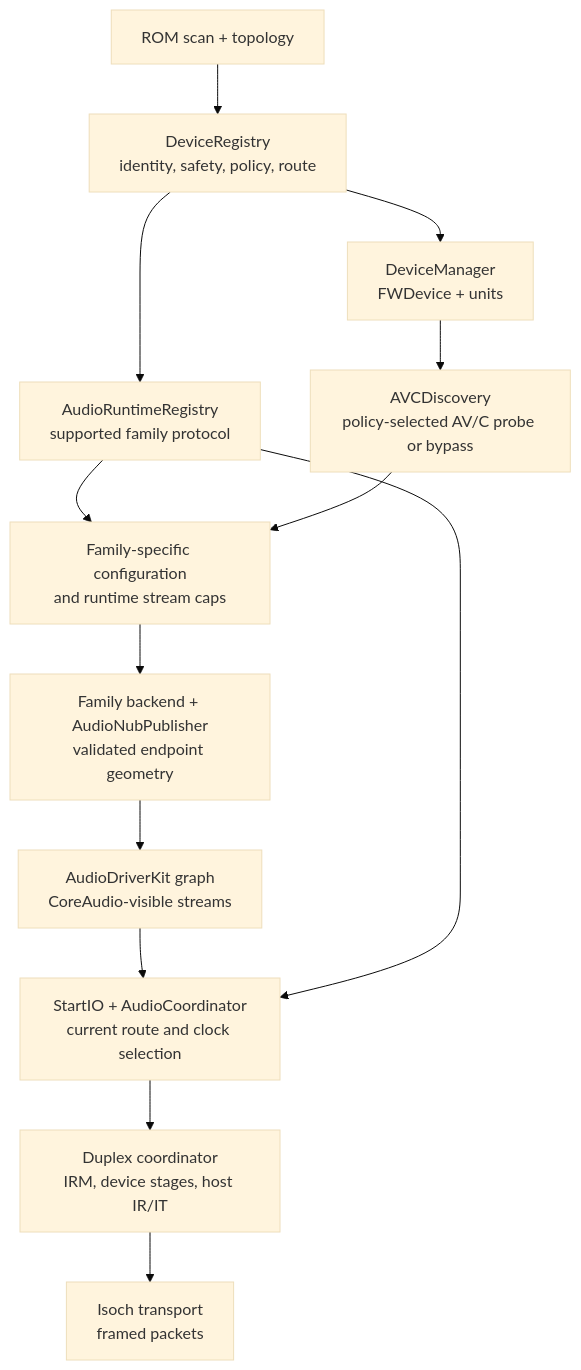
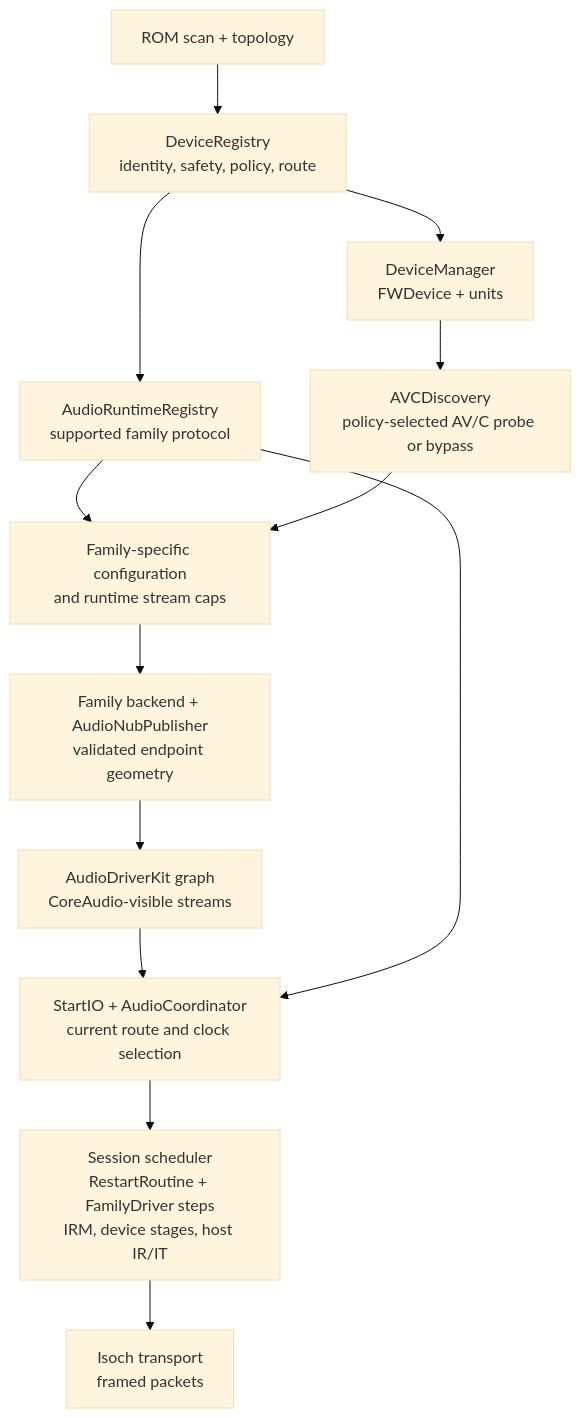
One commit to mrmidi/ASFireWire changed the diagram in documentation/AUDIO_DEVICE_PATH_REVIEW.md. Above: the diagram before and after it, drawn with Mermaid (base theme). The commit also changed other lines of this file and 1 other file, not shown here.

First line of the commit message:
docs(audio): bring the device-path review and onboarding guide up to date

````diff
--- a/documentation/AUDIO_DEVICE_PATH_REVIEW.md
+++ b/documentation/AUDIO_DEVICE_PATH_REVIEW.md
@@ -9,15 +11,15 @@
 ```mermaid
 flowchart TD
     ROM[ROM scan + topology] --> REG[DeviceRegistry<br/>identity, safety, policy, route]
     REG --> RUNTIME[AudioRuntimeRegistry<br/>supported family protocol]
     REG --> DEVICE[DeviceManager<br/>FWDevice + units]
     RUNTIME --> CAPS[Family-specific configuration<br/>and runtime stream caps]
     DEVICE --> PROBE[AVCDiscovery<br/>policy-selected AV/C probe or bypass]
     PROBE --> CAPS
     CAPS --> NUB[Family backend + AudioNubPublisher<br/>validated endpoint geometry]
     NUB --> ADK[AudioDriverKit graph<br/>CoreAudio-visible streams]
     ADK --> START[StartIO + AudioCoordinator<br/>current route and clock selection]
     RUNTIME --> START
-    START --> DUPLEX[Duplex coordinator<br/>IRM, device stages, host IR/IT]
-    DUPLEX --> ISOCH[Isoch transport<br/>framed packets]
+    START --> SESSION[Session scheduler<br/>RestartRoutine + FamilyDriver steps<br/>IRM, device stages, host IR/IT]
+    SESSION --> ISOCH[Isoch transport<br/>framed packets]
 ```
````
